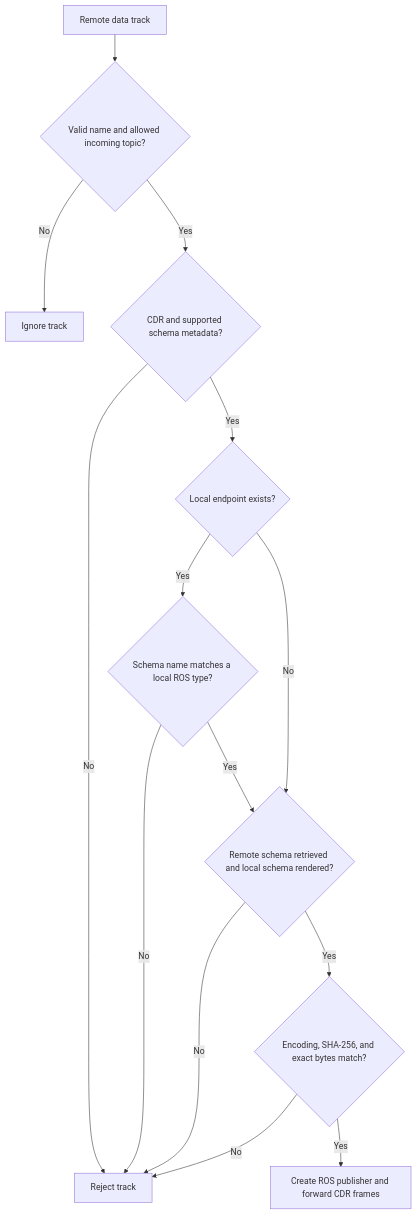
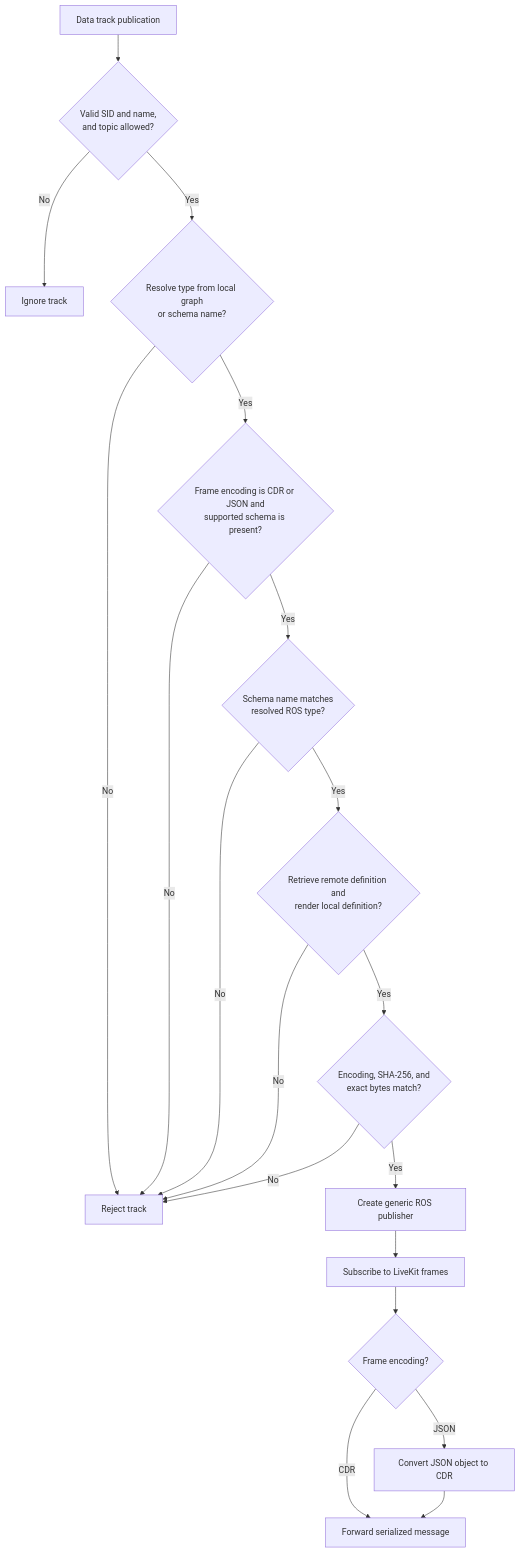
Before and after one commit to livekit/ros-portal: the third of 3 diagrams in docs/design/schema.md, drawn with Mermaid. The commit also changed other lines of this file and 8 other files, not shown here.

````diff
--- a/docs/design/schema.md
+++ b/docs/design/schema.md
@@ -276,16 +222,21 @@
 ```mermaid
 flowchart TD
-  Start[Remote data track] --> Eligible{"Valid name and allowed incoming topic?"}
+  Start[Data track publication] --> Eligible{"Valid SID and name,<br/>and topic allowed?"}
   Eligible -- No --> Ignore[Ignore track]
-  Eligible -- Yes --> Metadata{"CDR and supported schema metadata?"}
-  Metadata -- No --> Reject[Reject track]
-  Metadata -- Yes --> Graph{"Local endpoint exists?"}
-  Graph -- Yes --> Type{"Schema name matches a local ROS type?"}
+  Eligible -- Yes --> Resolve{"Resolve type from local graph<br/>or schema name?"}
+  Resolve -- No --> Reject[Reject track]
+  Resolve -- Yes --> Metadata{"Frame encoding is CDR or JSON and<br/>supported schema is present?"}
+  Metadata -- No --> Reject
+  Metadata -- Yes --> Type{"Schema name matches<br/>resolved ROS type?"}
   Type -- No --> Reject
-  Type -- Yes --> Fetch{"Remote schema retrieved and local schema rendered?"}
-  Graph -- No --> Fetch
-  Fetch -- No --> Reject
-  Fetch -- Yes --> Match{"Encoding, SHA-256, and exact bytes match?"}
+  Type -- Yes --> Retrieve{"Retrieve remote definition and<br/>render local definition?"}
+  Retrieve -- No --> Reject
+  Retrieve -- Yes --> Match{"Encoding, SHA-256, and<br/>exact bytes match?"}
   Match -- No --> Reject
-  Match -- Yes --> Accept["Create ROS publisher and forward CDR frames"]
+  Match -- Yes --> Publisher[Create generic ROS publisher]
+  Publisher --> Subscribe[Subscribe to LiveKit frames]
+  Subscribe --> Decode{"Frame encoding?"}
+  Decode -- CDR --> Forward[Forward serialized message]
+  Decode -- JSON --> Convert[Convert JSON object to CDR]
+  Convert --> Forward
 ```
````
